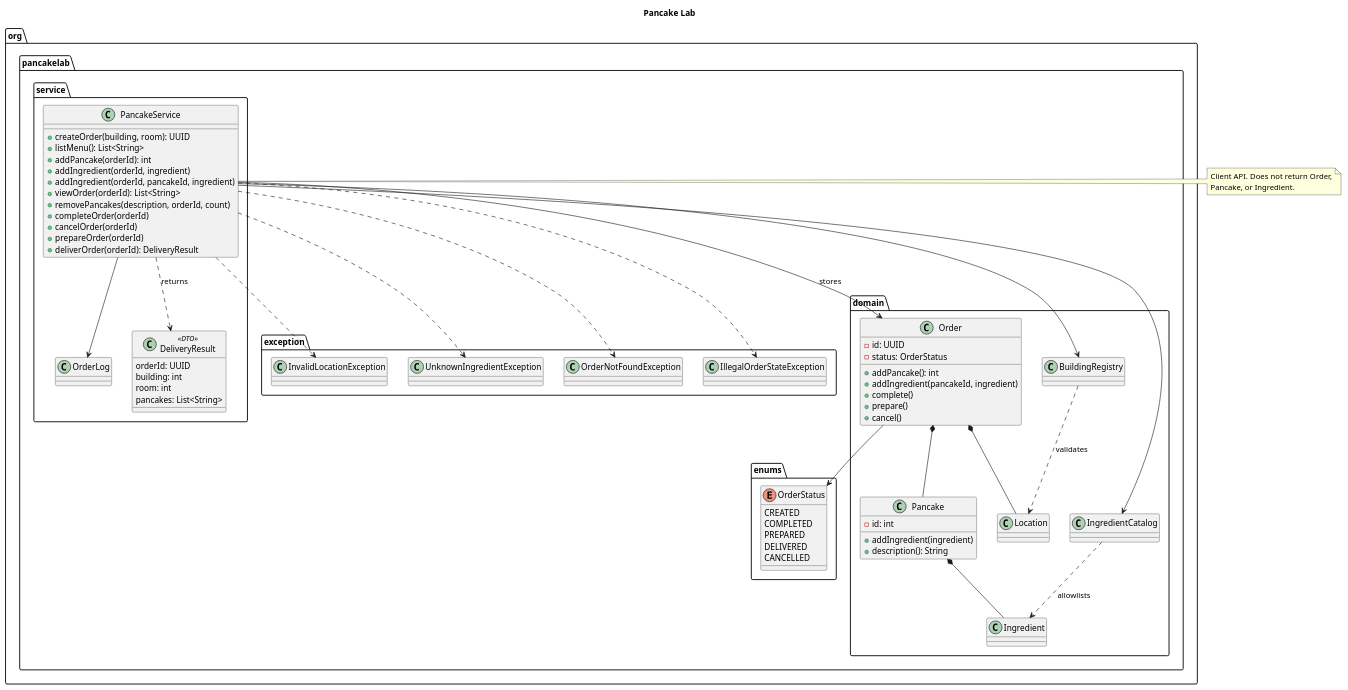
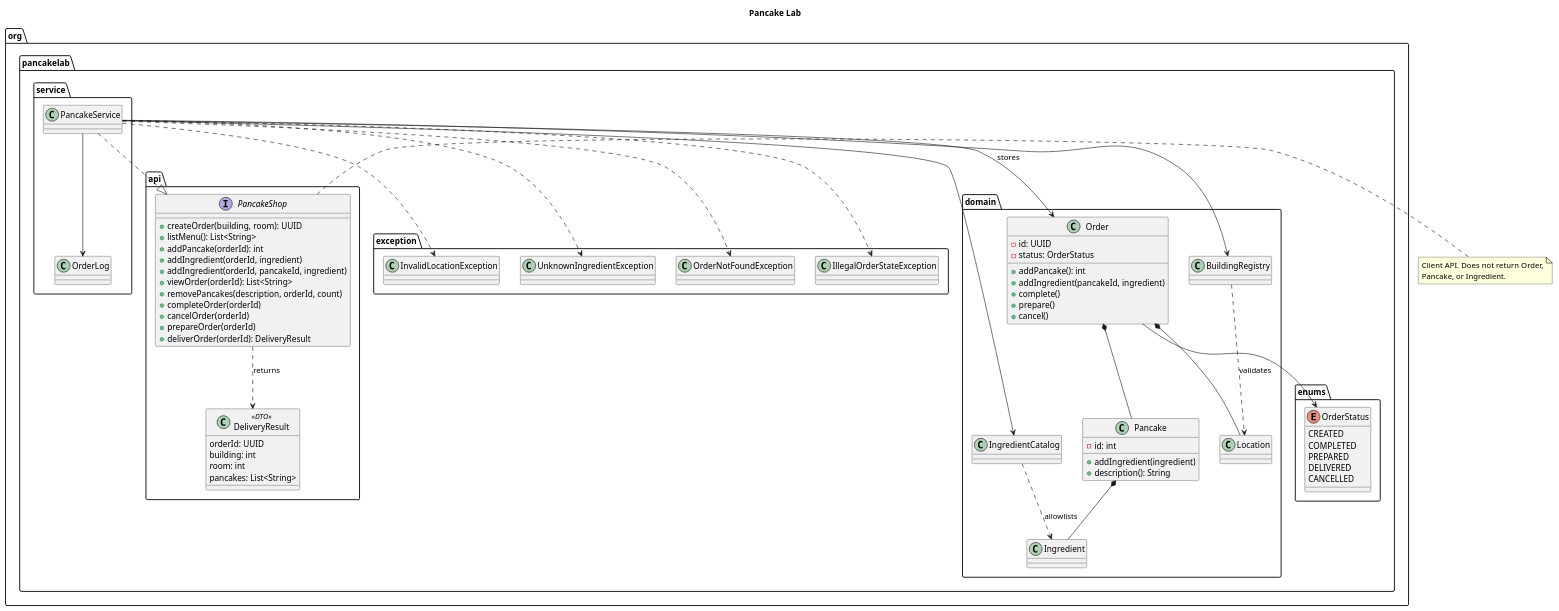
One commit to devnisaev/PancakeLab changed the diagram in docs/domain.puml. Above: the diagram before and after it, drawn with PlantUML. The commit also changed 6 other files, not shown here.

Commit message:
added interface PancakeShop, updated domain.puml, PancakeService -- added @Override annotations, implements interface

```diff
--- a/docs/domain.puml
+++ b/docs/domain.puml
@@ -1,86 +1,91 @@
 @startuml
 title Pancake Lab
 
-package "org.pancakelab.service" {
-  class PancakeService {
+package "org.pancakelab.api" {
+  interface PancakeShop {
     + createOrder(building, room): UUID
     + listMenu(): List<String>
     + addPancake(orderId): int
     + addIngredient(orderId, ingredient)
     + addIngredient(orderId, pancakeId, ingredient)
     + viewOrder(orderId): List<String>
     + removePancakes(description, orderId, count)
     + completeOrder(orderId)
     + cancelOrder(orderId)
     + prepareOrder(orderId)
     + deliverOrder(orderId): DeliveryResult
   }
-  class OrderLog
   class DeliveryResult <<DTO>> {
     orderId: UUID
     building: int
     room: int
     pancakes: List<String>
   }
+}
+
+package "org.pancakelab.service" {
+  class PancakeService
+  class OrderLog
 }
 
 package "org.pancakelab.exception" {
   class InvalidLocationException
   class UnknownIngredientException
   class OrderNotFoundException
   class IllegalOrderStateException
 }
 
 package "org.pancakelab.enums" {
   enum OrderStatus {
     CREATED
     COMPLETED
     PREPARED
     DELIVERED
     CANCELLED
   }
 }
 
 package "org.pancakelab.domain" {
   class Order {
     - id: UUID
     - status: OrderStatus
     + addPancake(): int
     + addIngredient(pancakeId, ingredient)
     + complete()
     + prepare()
     + cancel()
   }
   class Pancake {
     - id: int
     + addIngredient(ingredient)
     + description(): String
   }
   class Ingredient
   class Location
   class IngredientCatalog
   class BuildingRegistry
 }
 
+PancakeService ..|> PancakeShop
 PancakeService --> Order : stores
 PancakeService --> IngredientCatalog
 PancakeService --> BuildingRegistry
 PancakeService --> OrderLog
-PancakeService ..> DeliveryResult : returns
+PancakeShop ..> DeliveryResult : returns
 Order *-- Pancake
 Order *-- Location
 Order --> OrderStatus
 Pancake *-- Ingredient
 IngredientCatalog ..> Ingredient : allowlists
 BuildingRegistry ..> Location : validates
 PancakeService ..> InvalidLocationException
 PancakeService ..> UnknownIngredientException
 PancakeService ..> OrderNotFoundException
 PancakeService ..> IllegalOrderStateException
 
-note right of PancakeService
+note right of PancakeShop
   Client API. Does not return Order,
   Pancake, or Ingredient.
 end note
 
 @enduml
```
